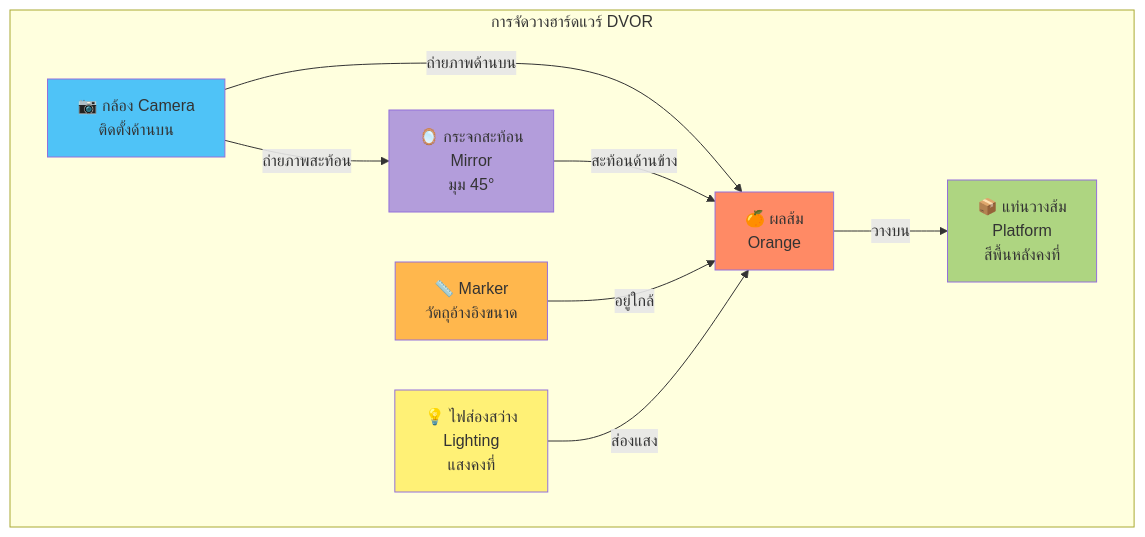
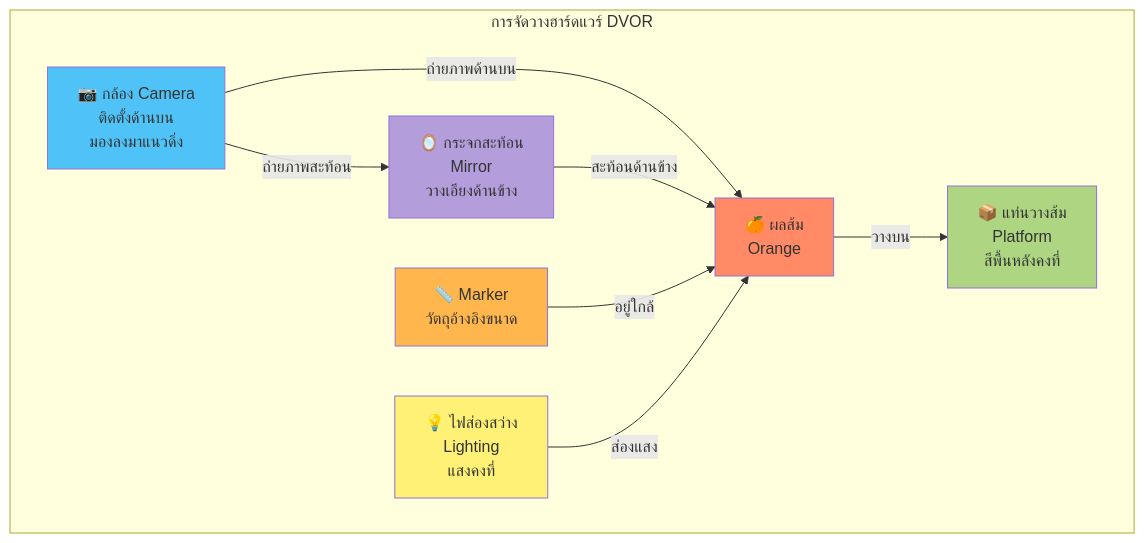
The diagram in DVOR_PhysicalSetup.md (MyFirstKiss/test-project), drawn with Mermaid before and after one commit. The commit also changed other lines of this file and 2 other files, not shown here.

Commit message:
Update diagrams: Remove 45 angle specification and improve descriptions based on actual setup

````diff
--- a/DVOR_PhysicalSetup.md
+++ b/DVOR_PhysicalSetup.md
@@ -3,25 +3,25 @@
 ```mermaid
 graph TB
     subgraph "การจัดวางฮาร์ดแวร์ DVOR"
-        Camera[📷 กล้อง Camera<br/>ติดตั้งด้านบน]
-        Mirror[🪞 กระจกสะท้อน<br/>Mirror<br/>มุม 45°]
+        Camera[📷 กล้อง Camera<br/>ติดตั้งด้านบน<br/>มองลงมาแนวดิ่ง]
+        Mirror[🪞 กระจกสะท้อน<br/>Mirror<br/>วางเอียงด้านข้าง]
         Platform[📦 แท่นวางส้ม<br/>Platform<br/>สีพื้นหลังคงที่]
         Marker[📏 Marker<br/>วัตถุอ้างอิงขนาด]
         Light[💡 ไฟส่องสว่าง<br/>Lighting<br/>แสงคงที่]
         Orange[🍊 ผลส้ม<br/>Orange]
         
         Camera -->|ถ่ายภาพด้านบน| Orange
         Camera -->|ถ่ายภาพสะท้อน| Mirror
         Mirror -->|สะท้อนด้านข้าง| Orange
         Orange -->|วางบน| Platform
         Marker -->|อยู่ใกล้| Orange
         Light -->|ส่องแสง| Orange
     end
     
     style Camera fill:#4fc3f7
     style Mirror fill:#b39ddb
     style Platform fill:#aed581
     style Marker fill:#ffb74d
     style Orange fill:#ff8a65
     style Light fill:#fff176
 ```
````
